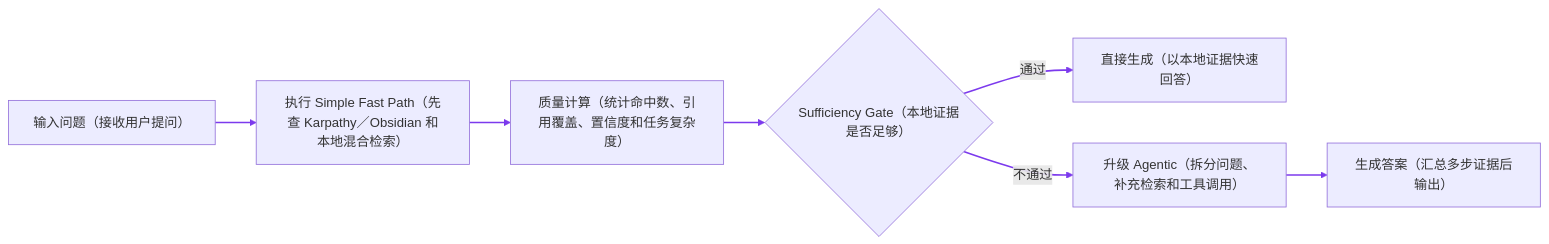
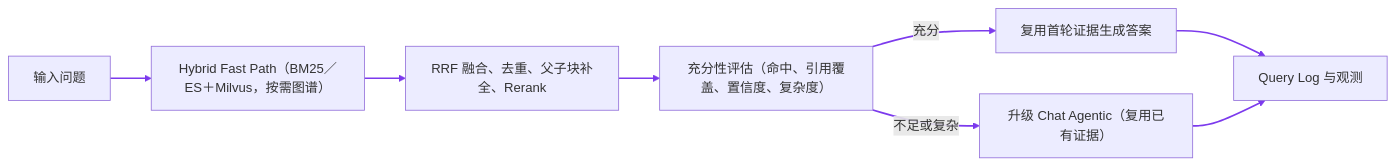
Before and after one commit to monstereatai/RAG: the fifth of 16 diagrams in docs/interview/功能步骤流程.md, drawn with Mermaid. The commit also changed other lines of this file and 3 other files, not shown here.

````diff
--- a/docs/interview/功能步骤流程.md
+++ b/docs/interview/功能步骤流程.md
@@ -1161,10 +180,11 @@
 ```mermaid
 flowchart LR
- A[输入问题（接收用户提问）] --> B[执行 Simple Fast Path（先查 Karpathy／Obsidian 和本地混合检索）]
-  B --> C[质量计算（统计命中数、引用覆盖、置信度和任务复杂度）]
-  C --> D{Sufficiency Gate（本地证据是否足够）}
-  D -->|通过| E[直接生成（以本地证据快速回答）]
-  D -->|不通过| F[升级 Agentic（拆分问题、补充检索和工具调用）]
-  F --> G[生成答案（汇总多步证据后输出）]
-  linkStyle 0,1,2,3,4,5 stroke:#7c3aed,stroke-width:2px
+  A[输入问题] --> B[Hybrid Fast Path（BM25／ES＋Milvus，按需图谱）]
+  B --> C[RRF 融合、去重、父子块补全、Rerank]
+  C --> D[充分性评估（命中、引用覆盖、置信度、复杂度）]
+  D -->|充分| E[复用首轮证据生成答案]
+  D -->|不足或复杂| F[升级 Chat Agentic（复用已有证据）]
+  E --> G[Query Log 与观测]
+  F --> G
+  linkStyle 0,1,2,3,4,5,6 stroke:#7c3aed,stroke-width:2px
 ```
````
